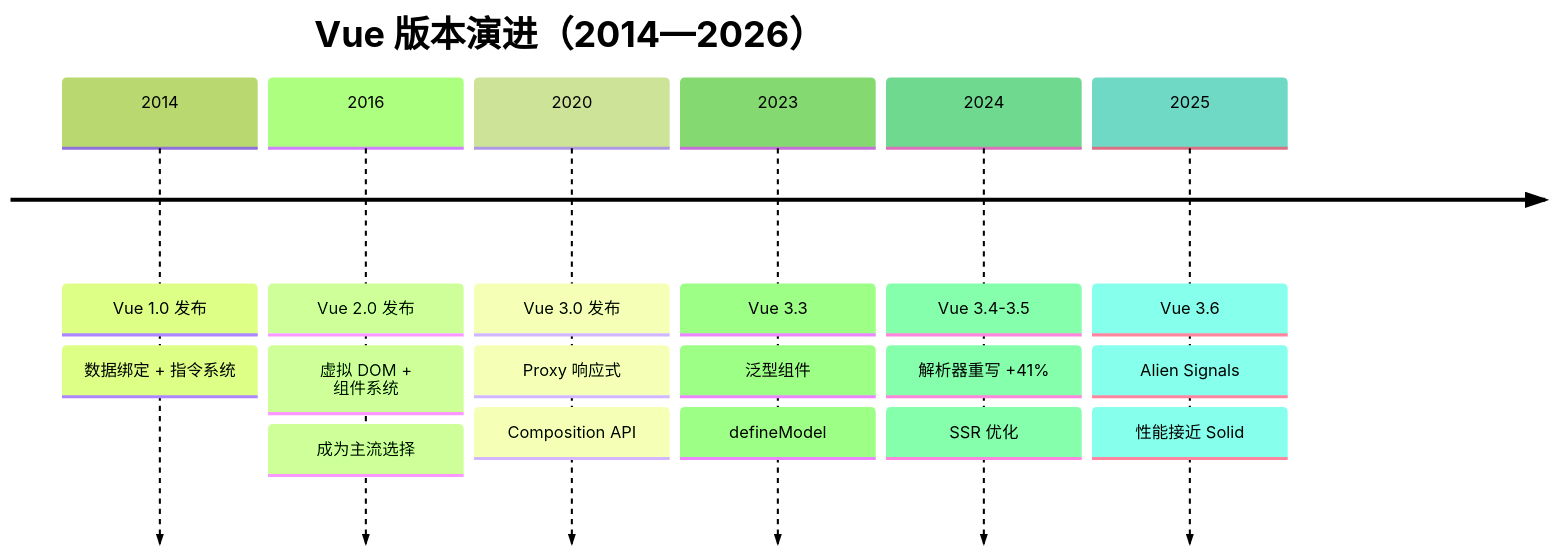
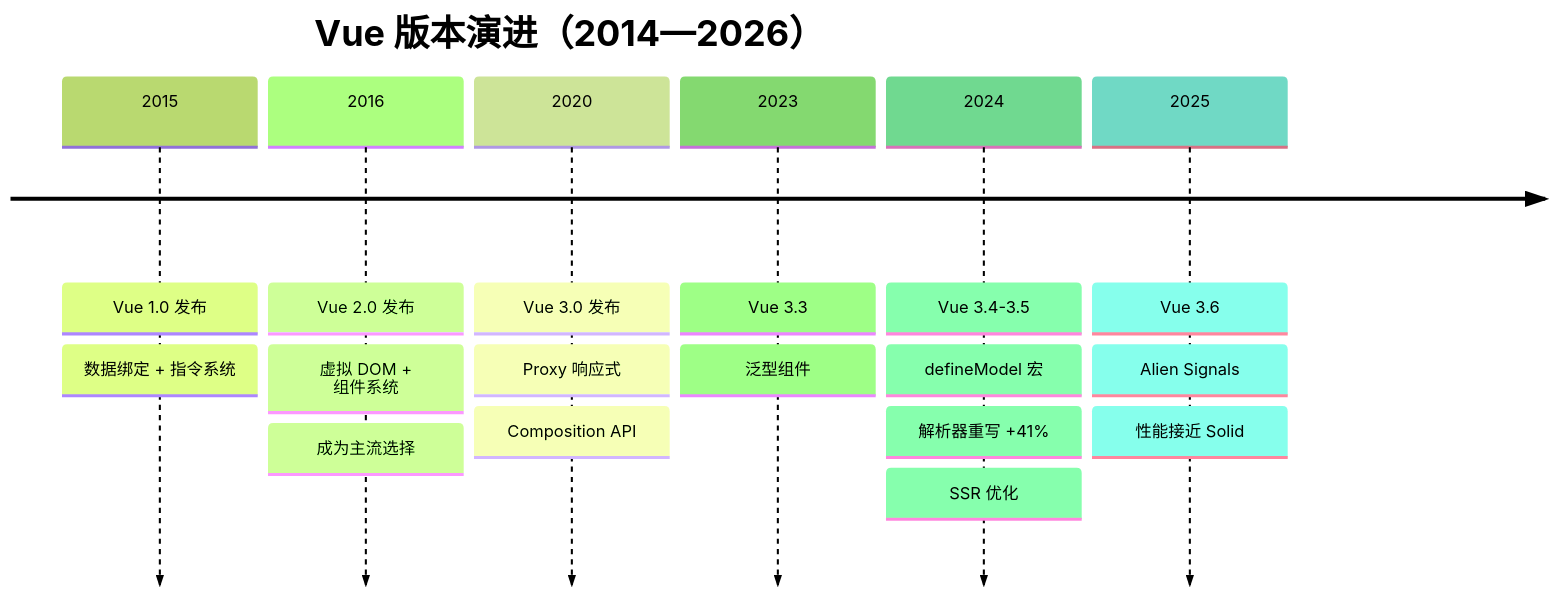
One commit to KMaybe01/common changed the second of 46 diagrams in S2-框架深入/02-Vue3.md. Above: the diagram before and after it, drawn with Mermaid (forest theme). The commit also changed other lines of this file and 18 other files, not shown here.

````diff
--- a/S2-框架深入/02-Vue3.md
+++ b/S2-框架深入/02-Vue3.md
@@ -227,21 +227,21 @@
 ```mermaid
 timeline
     title Vue 版本演进（2014—2026）
-    2014 : Vue 1.0 发布
+    2015 : Vue 1.0 发布
          : 数据绑定 + 指令系统
     2016 : Vue 2.0 发布
          : 虚拟 DOM + 组件系统
          : 成为主流选择
     2020 : Vue 3.0 发布
          : Proxy 响应式
          : Composition API
     2023 : Vue 3.3
          : 泛型组件
-         : defineModel
     2024 : Vue 3.4-3.5
+         : defineModel 宏
          : 解析器重写 +41%
          : SSR 优化
     2025 : Vue 3.6
          : Alien Signals
          : 性能接近 Solid
 ```
````
